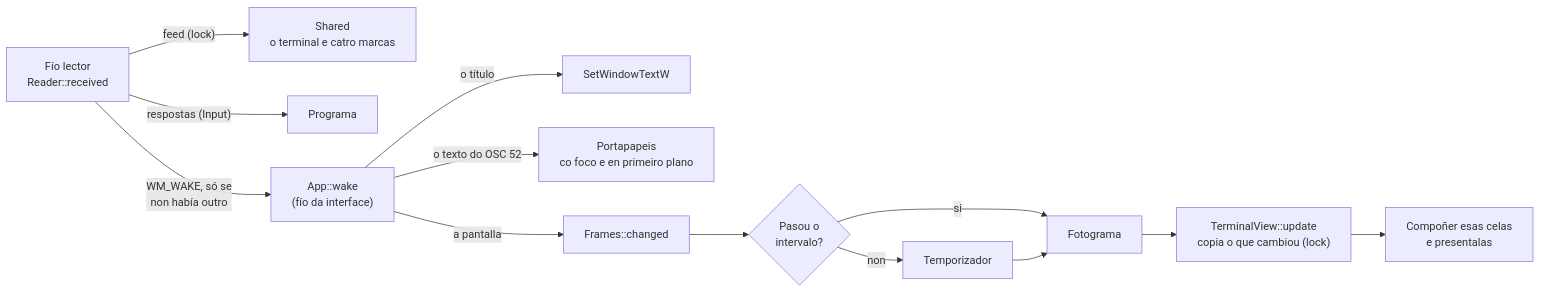
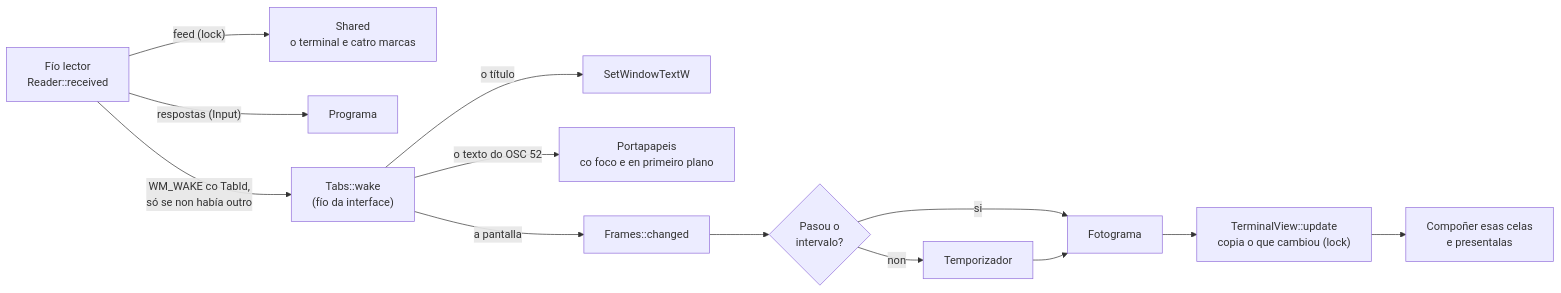
The fifth of 15 diagrams in docs/arquitectura.md (NewHouses/meiga), drawn with Mermaid before and after one commit. The commit also changed other lines of this file and 33 other files, not shown here.

````diff
--- a/docs/arquitectura.md
+++ b/docs/arquitectura.md
@@ -142,15 +142,15 @@
 ```mermaid
 flowchart LR
     reader["Fío lector<br/>Reader::received"] -- "feed (lock)" --> shared["Shared<br/>o terminal e catro marcas"]
     reader -- "respostas (Input)" --> program["Programa"]
-    reader -- "WM_WAKE, só se<br/>non había outro" --> wake["App::wake<br/>(fío da interface)"]
+    reader -- "WM_WAKE co TabId,<br/>só se non había outro" --> wake["Tabs::wake<br/>(fío da interface)"]
     wake -- "o título" --> title["SetWindowTextW"]
     wake -- "o texto do OSC 52" --> clip["Portapapeis<br/>co foco e en primeiro plano"]
     wake -- "a pantalla" --> frames["Frames::changed"]
     frames --> pacer{"Pasou o<br/>intervalo?"}
     pacer -- "si" --> frame["Fotograma"]
     pacer -- "non" --> timer["Temporizador"]
     timer --> frame
     frame --> update["TerminalView::update<br/>copia o que cambiou (lock)"]
     update --> draw["Compoñer esas celas<br/>e presentalas"]
 ```
````
